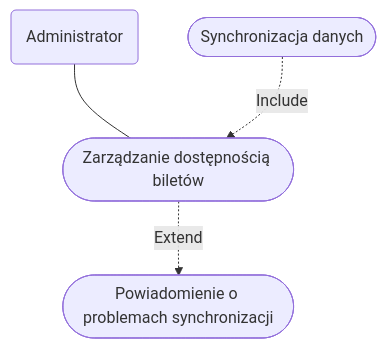
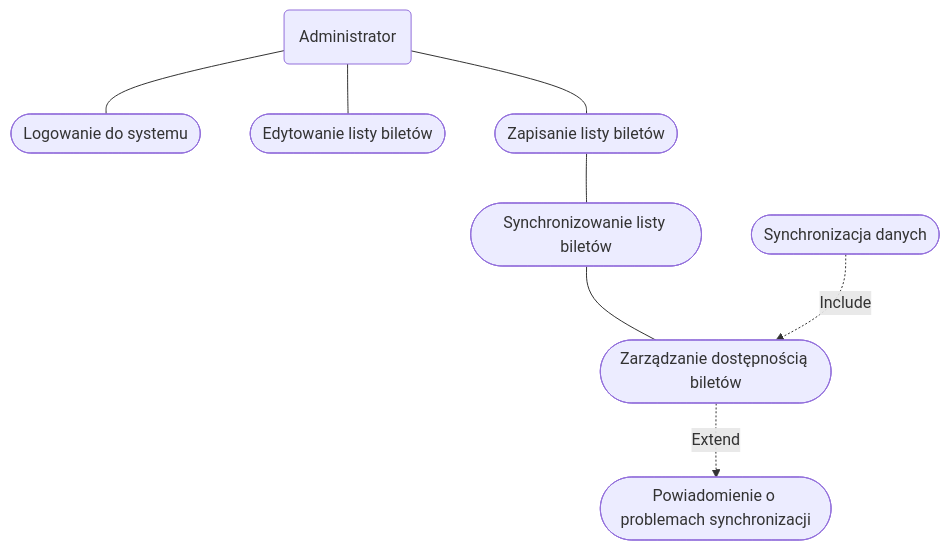
Before and after one commit to WGrot/MWO_LAB: the first of 3 diagrams in adminStory.md, drawn with Mermaid.

````diff
--- a/adminStory.md
+++ b/adminStory.md
@@ -20,12 +20,19 @@
 ```mermaid
 flowchart TD
     A("Administrator")
     B(["Synchronizacja danych"])
     C(["Powiadomienie o problemach synchronizacji"])
     D(["Zarządzanie dostępnością biletów"])
+    E([Logowanie do systemu])
+    F([Edytowanie listy biletów])
+    H([Zapisanie listy biletów])
+    I([Synchronizowanie listy biletów])
 
-    
-    A --- D
+    A --- E
+    A --- F
+    A --- H
+    H --- I
+    I --- D
     B -.-> |Include| D
     D -.-> |Extend| C
 ```
````
